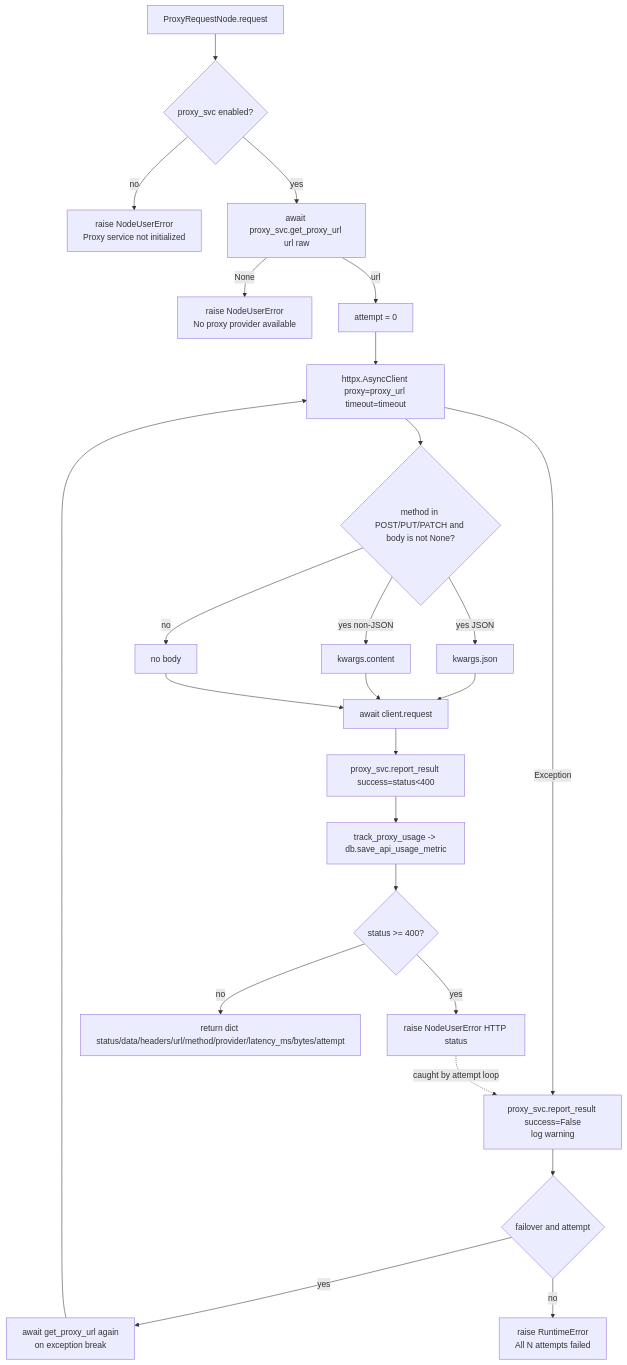
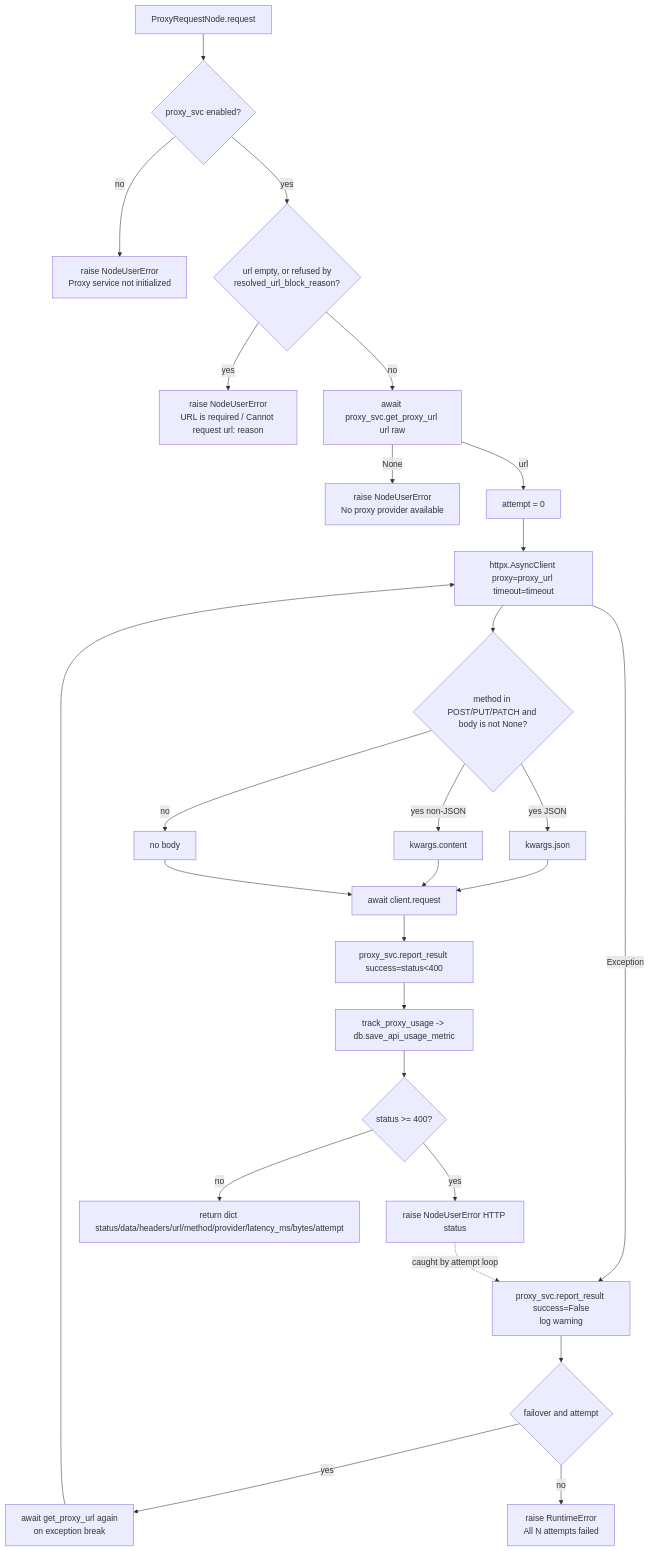
Before and after one commit to zeenie-ai/OpenCompany: the diagram in docs-internal/node-logic-flows/http_proxy/proxyRequest.md, drawn with Mermaid. The commit also changed other lines of this file and 12 other files, not shown here.

````diff
--- a/docs-internal/node-logic-flows/http_proxy/proxyRequest.md
+++ b/docs-internal/node-logic-flows/http_proxy/proxyRequest.md
@@ -71,27 +71,29 @@
 ```mermaid
 flowchart TD
   A[ProxyRequestNode.request] --> B{proxy_svc enabled?}
   B -- no --> Edis[raise NodeUserError<br/>Proxy service not initialized]
-  B -- yes --> F[await proxy_svc.get_proxy_url url raw]
+  B -- yes --> P{url empty, or refused by<br/>resolved_url_block_reason?}
+  P -- yes --> Epol[raise NodeUserError<br/>URL is required / Cannot request url: reason]
+  P -- no --> F[await proxy_svc.get_proxy_url url raw]
   F -- None --> Enop[raise NodeUserError<br/>No proxy provider available]
   F -- url --> G[attempt = 0]
   G --> H[httpx.AsyncClient proxy=proxy_url timeout=timeout]
   H --> I{method in POST/PUT/PATCH and body is not None?}
   I -- yes JSON --> J[kwargs.json]
   I -- yes non-JSON --> J2[kwargs.content]
   I -- no --> J3[no body]
   J --> K[await client.request]
   J2 --> K
   J3 --> K
   K --> L[proxy_svc.report_result success=status<400]
   L --> M[track_proxy_usage -> db.save_api_usage_metric]
   M --> Lq{status >= 400?}
   Lq -- yes --> Lerr[raise NodeUserError HTTP status]
   Lq -- no --> N[return dict status/data/headers/url/method/provider/latency_ms/bytes/attempt]
   H -- Exception --> R[proxy_svc.report_result success=False<br/>log warning]
   Lerr -. caught by attempt loop .-> R
   R --> S{failover and attempt<max_retries?}
   S -- yes --> T[await get_proxy_url again<br/>on exception break]
   T --> H
   S -- no --> U[raise RuntimeError<br/>All N attempts failed]
 ```
````
